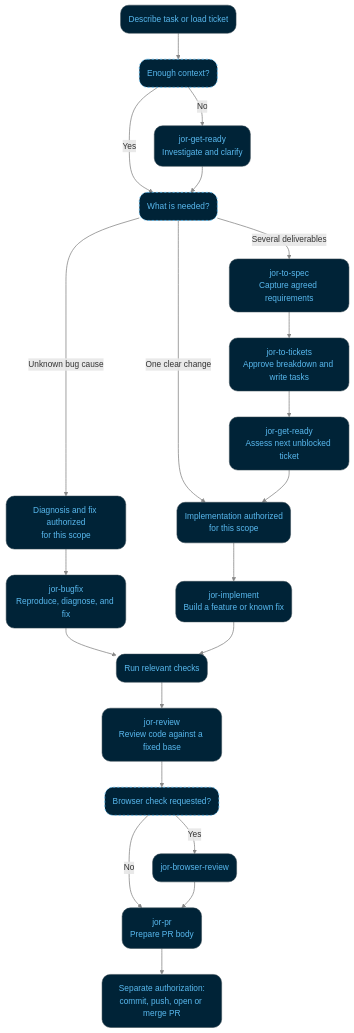
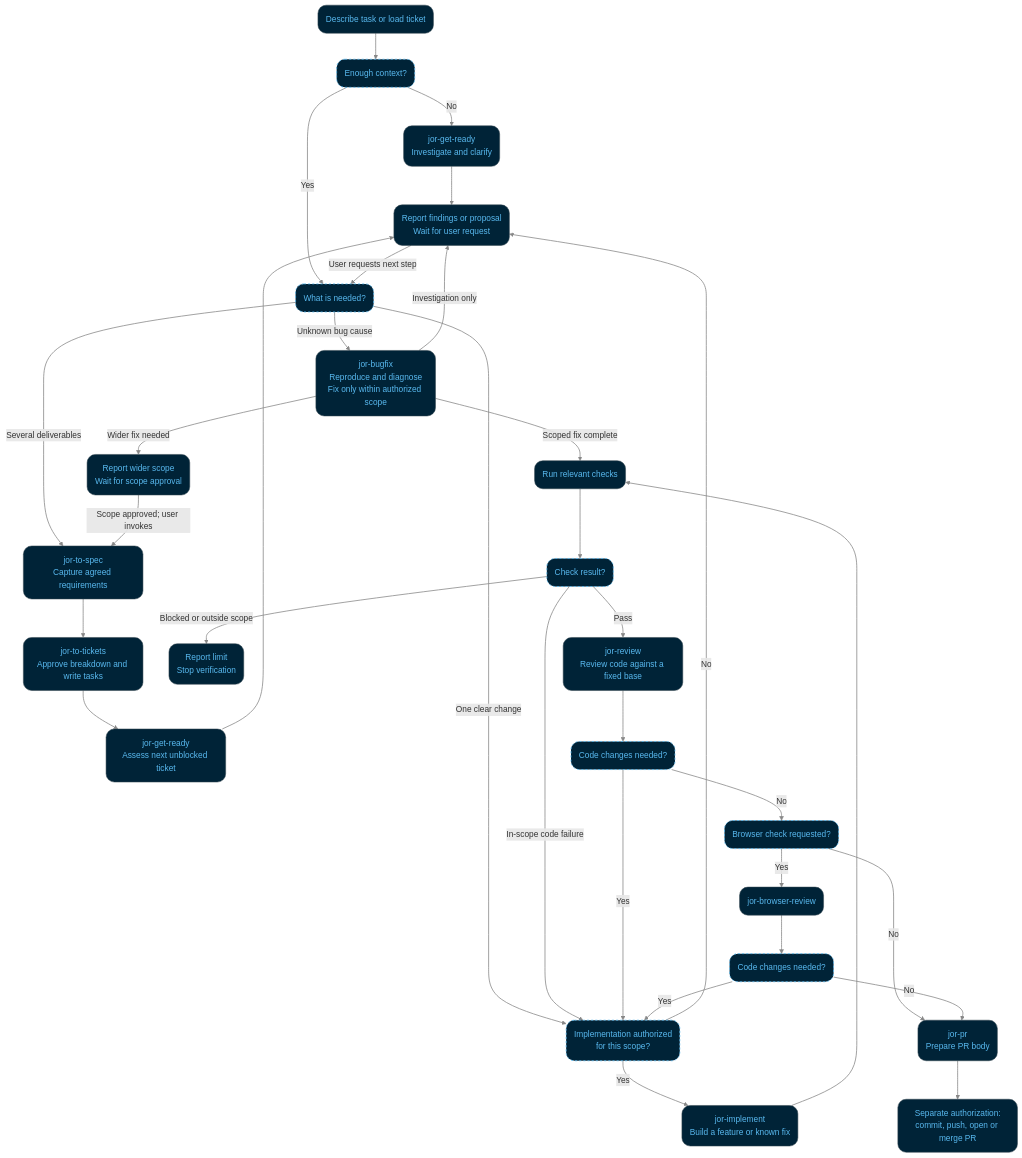
Before and after one commit to jorsisu/jor-stack: the diagram in docs/flow.mmd, drawn with Mermaid. The commit also changed 5 other files, not shown here.

```diff
--- a/docs/flow.mmd
+++ b/docs/flow.mmd
@@ -1,25 +1,36 @@
 flowchart TB
     task("Describe task or load ticket"):::step --> context("Enough context?"):::decision
     context -->|No| ready("jor-get-ready<br/>Investigate and clarify"):::step
     context -->|Yes| route("What is needed?"):::decision
-    ready --> route
-    route -->|Unknown bug cause| diagnosis("Diagnosis and fix authorized<br/>for this scope"):::step
-    diagnosis --> bugfix("jor-bugfix<br/>Reproduce, diagnose, and fix"):::step
-    route -->|One clear change| approved("Implementation authorized<br/>for this scope"):::step
+    ready --> pause("Report findings or proposal<br/>Wait for user request"):::step
+    pause -->|User requests next step| route
+    route -->|Unknown bug cause| bugfix("jor-bugfix<br/>Reproduce and diagnose<br/>Fix only within authorized scope"):::step
+    bugfix -->|Investigation only| pause
+    bugfix -->|Wider fix needed| wider("Report wider scope<br/>Wait for scope approval"):::step
     route -->|Several deliverables| spec("jor-to-spec<br/>Capture agreed requirements"):::step
+    wider -->|Scope approved; user invokes| spec
+    route -->|One clear change| approved("Implementation authorized<br/>for this scope?"):::decision
+    approved -->|No| pause
     spec --> tickets("jor-to-tickets<br/>Approve breakdown and write tasks"):::step
     tickets --> next("jor-get-ready<br/>Assess next unblocked ticket"):::step
-    next --> approved
-    approved --> implement("jor-implement<br/>Build a feature or known fix"):::step
-    bugfix --> checks("Run relevant checks"):::step
+    next --> pause
+    approved -->|Yes| implement("jor-implement<br/>Build a feature or known fix"):::step
+    bugfix -->|Scoped fix complete| checks("Run relevant checks"):::step
     implement --> checks
-    checks --> review("jor-review<br/>Review code against a fixed base"):::step
-    review --> requested("Browser check requested?"):::decision
+    checks --> result("Check result?"):::decision
+    result -->|Blocked or outside scope| blocked("Report limit<br/>Stop verification"):::step
+    result -->|In-scope code failure| approved
+    result -->|Pass| review("jor-review<br/>Review code against a fixed base"):::step
+    review --> codefixes("Code changes needed?"):::decision
+    codefixes -->|Yes| approved
+    codefixes -->|No| requested("Browser check requested?"):::decision
     requested -->|Yes| browser("jor-browser-review"):::step
     requested -->|No| pr("jor-pr<br/>Prepare PR body"):::step
-    browser --> pr
+    browser --> browserfixes("Code changes needed?"):::decision
+    browserfixes -->|Yes| approved
+    browserfixes -->|No| pr
     pr --> publish("Separate authorization:<br/>commit, push, open or merge PR"):::step
 
     classDef step fill:#002337,stroke:#334650,color:#58b9ef,stroke-width:1px,rx:16,ry:16
     classDef decision fill:#002337,stroke:#58b9ef,color:#58b9ef,stroke-width:1.5px,stroke-dasharray:4 4,rx:16,ry:16
     linkStyle default stroke:#888888,stroke-width:1.5px
```
